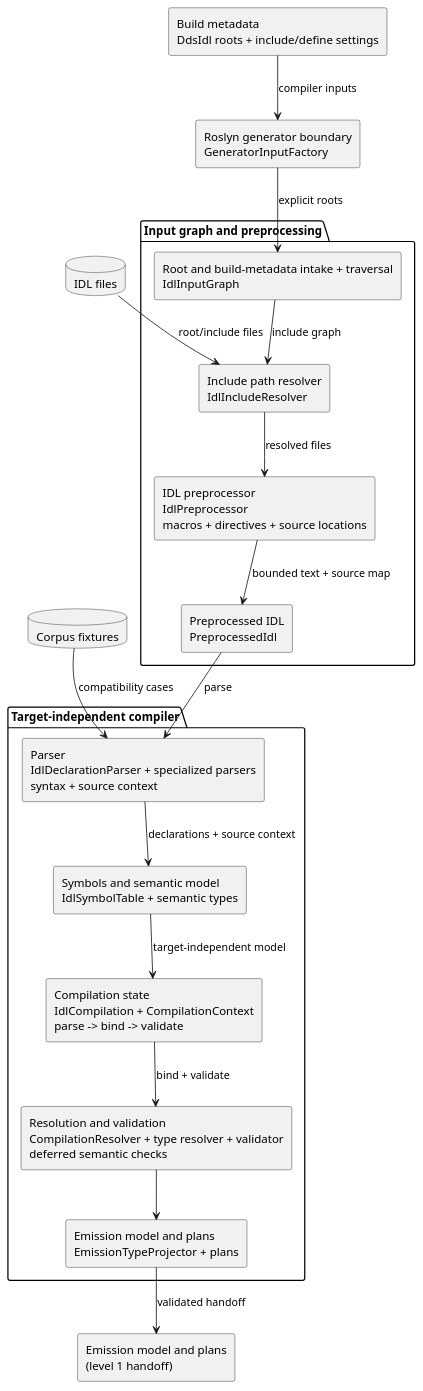
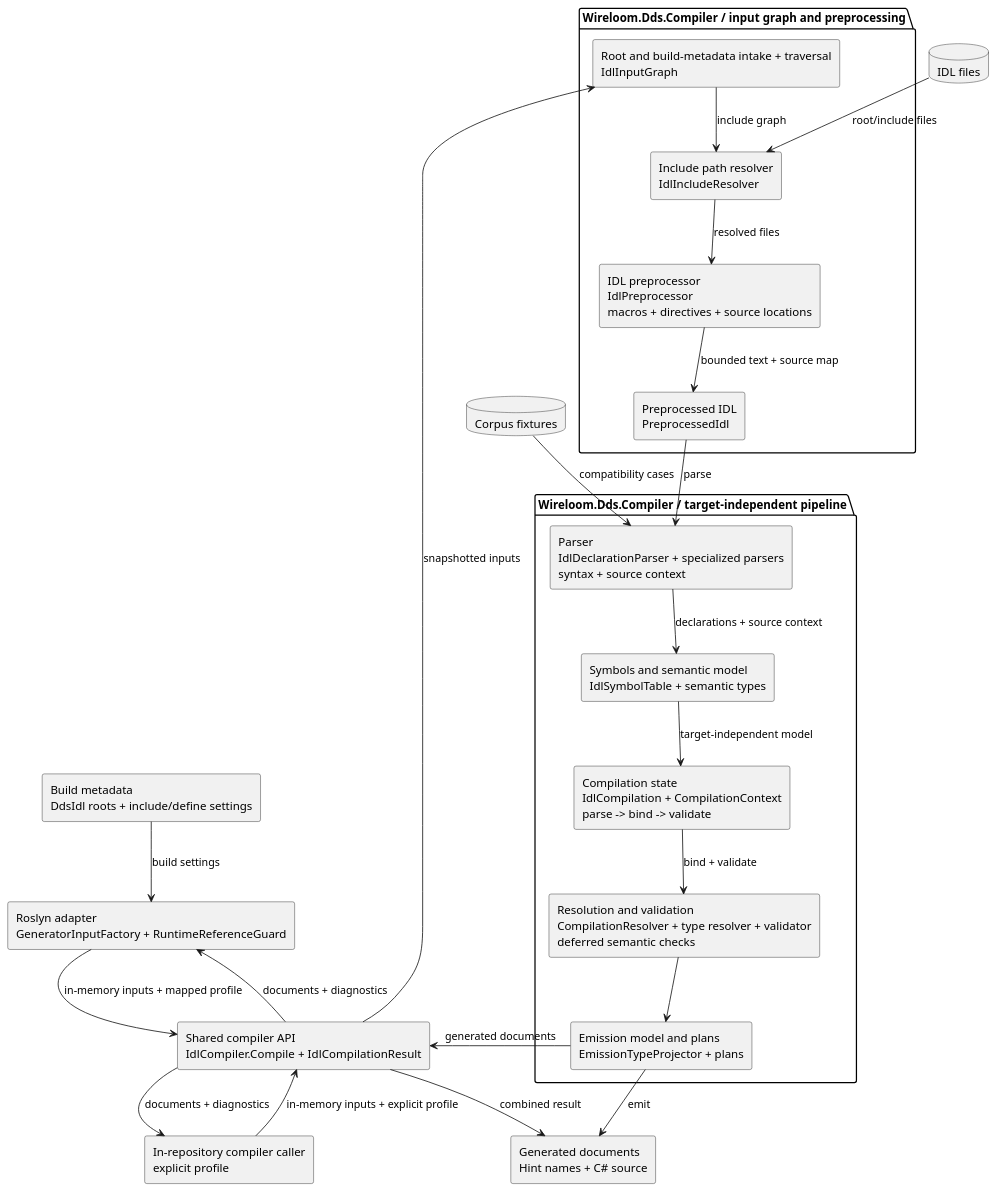
Before and after one commit to eNeRGy164/wireloom: the diagram in docs/architecture/arc42/images/05/level-2-compiler-and-preprocessing.puml, drawn with PlantUML. The commit also changed 19 other files, not shown here.

Commit message:
Update compiler core architecture documentation

```diff
--- a/docs/architecture/arc42/images/05/level-2-compiler-and-preprocessing.puml
+++ b/docs/architecture/arc42/images/05/level-2-compiler-and-preprocessing.puml
@@ -1,39 +1,47 @@
 @startuml
 skinparam componentStyle rectangle
 
-rectangle "Roslyn generator boundary\nGeneratorInputFactory" as roslyn
+rectangle "Roslyn adapter\nGeneratorInputFactory + RuntimeReferenceGuard" as roslyn
+rectangle "In-repository compiler caller\nexplicit profile" as host
+rectangle "Shared compiler API\nIdlCompiler.Compile + IdlCompilationResult" as api
 rectangle "Build metadata\nDdsIdl roots + include/define settings" as metadata
 database "IDL files" as idl
 database "Corpus fixtures" as corpus
 
-package "Input graph and preprocessing" {
+package "Wireloom.Dds.Compiler / input graph and preprocessing" {
   rectangle "Root and build-metadata intake + traversal\nIdlInputGraph" as graph
   rectangle "Include path resolver\nIdlIncludeResolver" as includes
   rectangle "IDL preprocessor\nIdlPreprocessor\nmacros + directives + source locations" as preprocessor
   rectangle "Preprocessed IDL\nPreprocessedIdl" as preprocessed
 }
 
-package "Target-independent compiler" {
+package "Wireloom.Dds.Compiler / target-independent pipeline" {
   rectangle "Parser\nIdlDeclarationParser + specialized parsers\nsyntax + source context" as parser
   rectangle "Symbols and semantic model\nIdlSymbolTable + semantic types" as semantic
   rectangle "Compilation state\nIdlCompilation + CompilationContext\nparse -> bind -> validate" as compilation
   rectangle "Resolution and validation\nCompilationResolver + type resolver + validator\ndeferred semantic checks" as resolution
   rectangle "Emission model and plans\nEmissionTypeProjector + plans" as plans
 }
 
-rectangle "Emission model and plans\n(level 1 handoff)" as level1
+rectangle "Generated documents\nHint names + C# source" as documents
 
-metadata --> roslyn : compiler inputs
-roslyn --> graph : explicit roots
+metadata --> roslyn : build settings
+roslyn --> api : in-memory inputs + mapped profile
+host --> api : in-memory inputs + explicit profile
+api --> graph : snapshotted inputs
 idl --> includes : root/include files
 graph --> includes : include graph
 includes --> preprocessor : resolved files
 preprocessor --> preprocessed : bounded text + source map
 preprocessed --> parser : parse
 parser --> semantic : declarations + source context
 semantic --> compilation : target-independent model
 compilation --> resolution : bind + validate
 resolution --> plans
 corpus --> parser : compatibility cases
-plans --> level1 : validated handoff
+plans --> documents : emit
+plans --> api : generated documents
+api --> documents : combined result
+api --> roslyn : documents + diagnostics
+api --> host : documents + diagnostics
 @enduml
```
